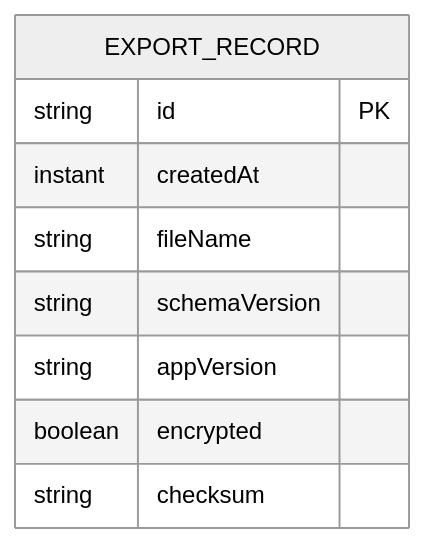
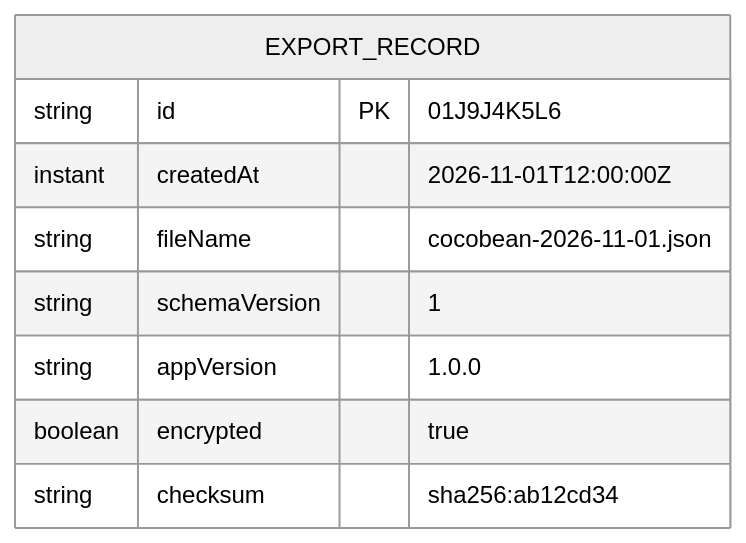
The tenth of 10 diagrams in docs/domain-model-entity-relation.md (headache-sh2l/cocobean), drawn with Mermaid (neutral theme) before and after one commit. The commit also changed other lines of this file, not shown here.

````diff
--- a/docs/domain-model-entity-relation.md
+++ b/docs/domain-model-entity-relation.md
@@ -412,12 +413,12 @@
 ```mermaid
 erDiagram
     EXPORT_RECORD {
-        string id PK
-        instant createdAt
-        string fileName
-        string schemaVersion
-        string appVersion
-        boolean encrypted
-        string checksum
+        string id PK "01J9J4K5L6"
+        instant createdAt "2026-11-01T12:00:00Z"
+        string fileName "cocobean-2026-11-01.json"
+        string schemaVersion "1"
+        string appVersion "1.0.0"
+        boolean encrypted "true"
+        string checksum "sha256:ab12cd34"
     }
 ```
````
